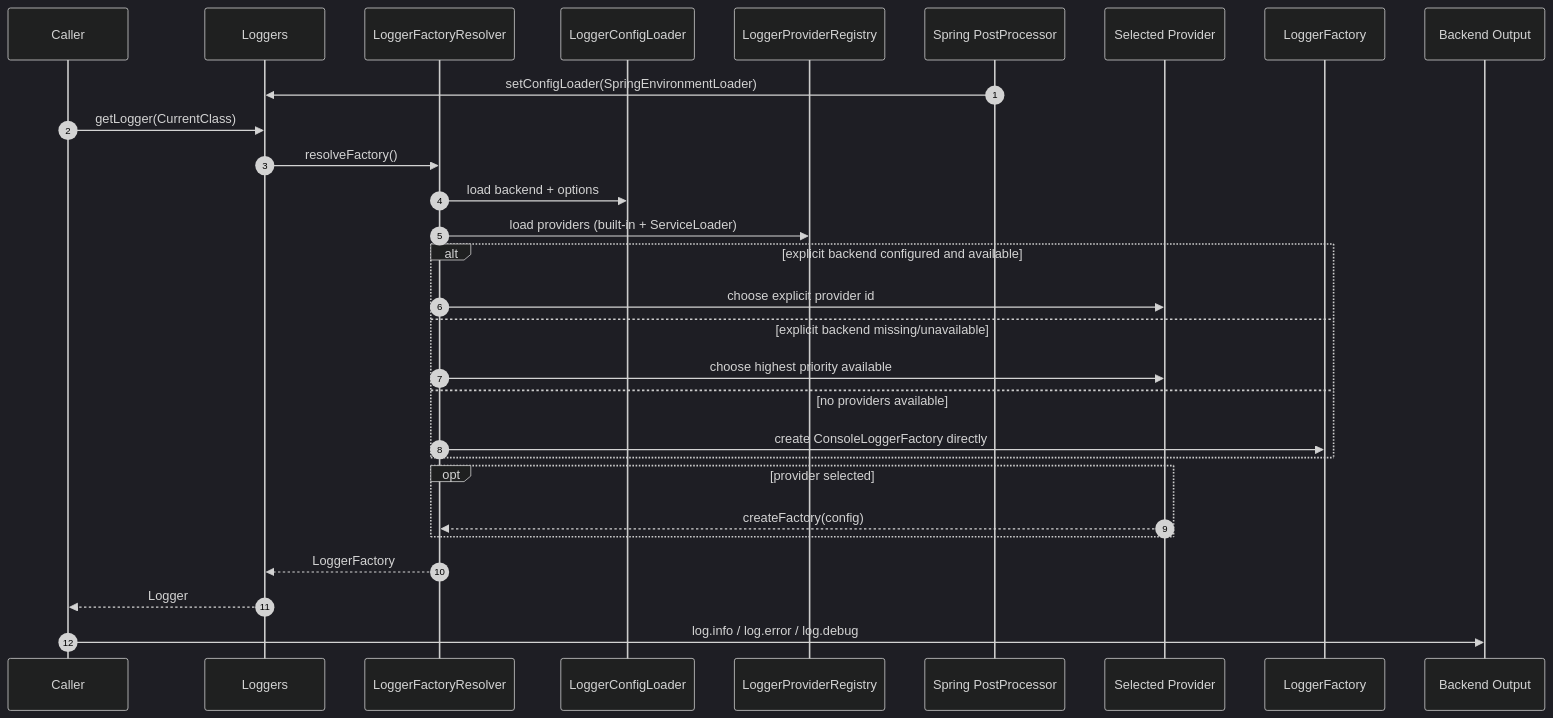
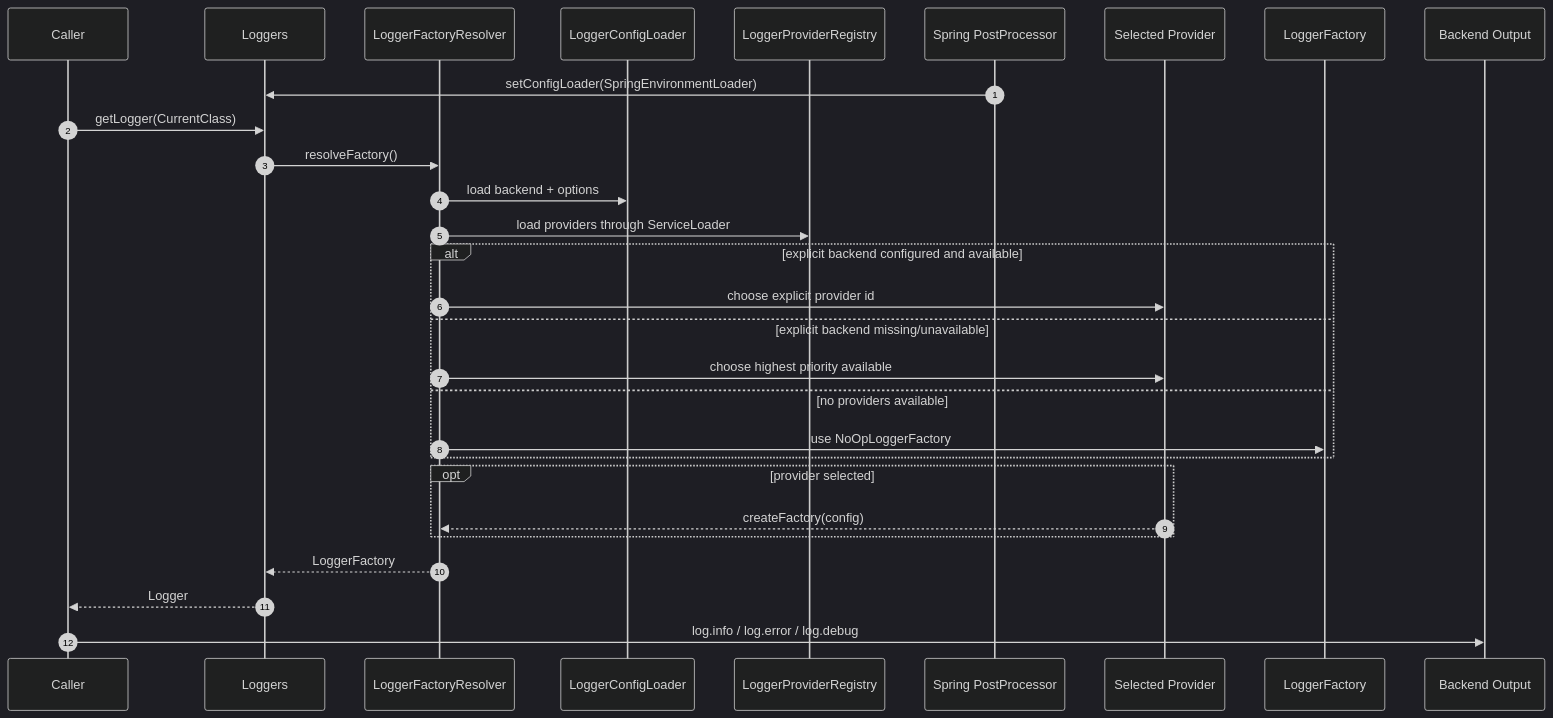
The third of 3 diagrams in docs/architecture/diagrams/modular-logging-framework.md (khinemyaezin/grab), drawn with Mermaid (dark theme) before and after one commit. The commit also changed other lines of this file and 27 other files, not shown here.

Commit message:
feat: enhance logging framework by implementing SLF4J provider and removing console logger

````diff
--- a/docs/architecture/diagrams/modular-logging-framework.md
+++ b/docs/architecture/diagrams/modular-logging-framework.md
@@ -140,34 +136,34 @@
 ```mermaid
 sequenceDiagram
     autonumber
     participant C as Caller
     participant L as Loggers
     participant R as LoggerFactoryResolver
     participant CFG as LoggerConfigLoader
     participant REG as LoggerProviderRegistry
     participant SP as Spring PostProcessor
     participant P as Selected Provider
     participant F as LoggerFactory
     participant OUT as Backend Output
 
     SP->>L: setConfigLoader(SpringEnvironmentLoader)
     C->>L: getLogger(CurrentClass)
     L->>R: resolveFactory()
     R->>CFG: load backend + options
-    R->>REG: load providers (built-in + ServiceLoader)
+    R->>REG: load providers through ServiceLoader
 
     alt explicit backend configured and available
         R->>P: choose explicit provider id
     else explicit backend missing/unavailable
         R->>P: choose highest priority available
     else no providers available
-        R->>F: create ConsoleLoggerFactory directly
+        R->>F: use NoOpLoggerFactory
     end
 
     opt provider selected
         P-->>R: createFactory(config)
     end
     R-->>L: LoggerFactory
     L-->>C: Logger
     C->>OUT: log.info / log.error / log.debug
 ```
````
